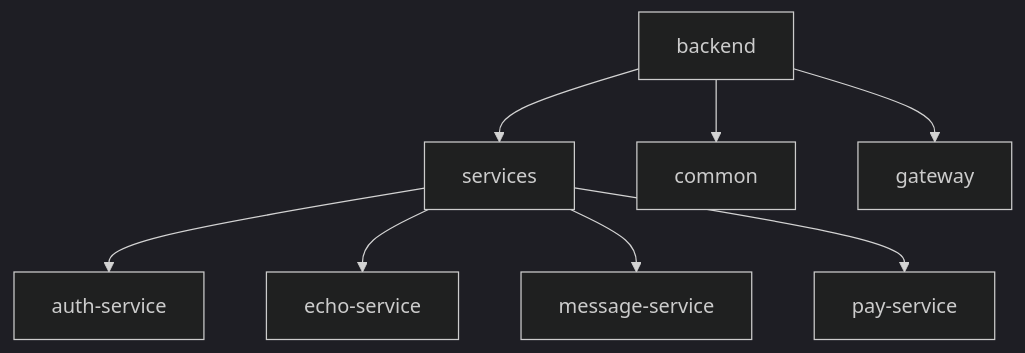
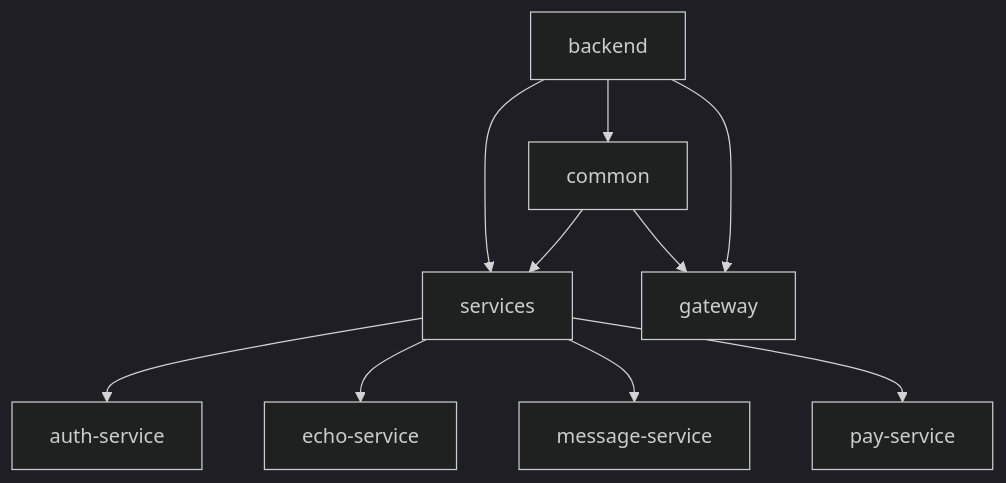
Before and after one commit to KokoaChino/EchoScoringSystem: the diagram in README.md, drawn with Mermaid (dark theme). The commit also changed other lines of this file and 297 other files, not shown here.

````diff
--- a/README.md
+++ b/README.md
@@ -1564,10 +711,12 @@
 ```mermaid
 graph TD
   backend[backend] --> services[services]
   backend --> common[common]
   backend --> gateway[gateway]
   services --> auth-service[auth-service]
   services --> echo-service[echo-service]
   services --> message-service[message-service]
   services --> pay-service[pay-service]
+  common --> services
+  common --> gateway
 ```
````
